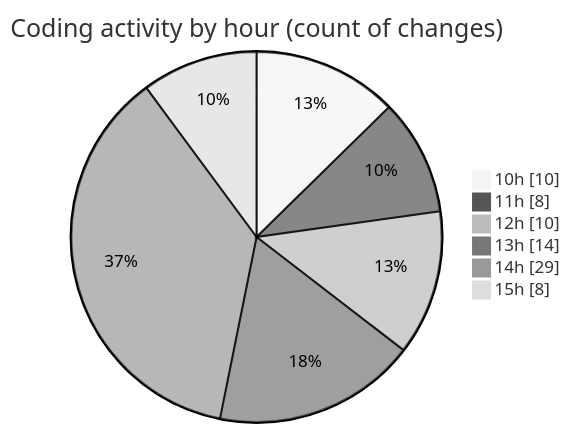
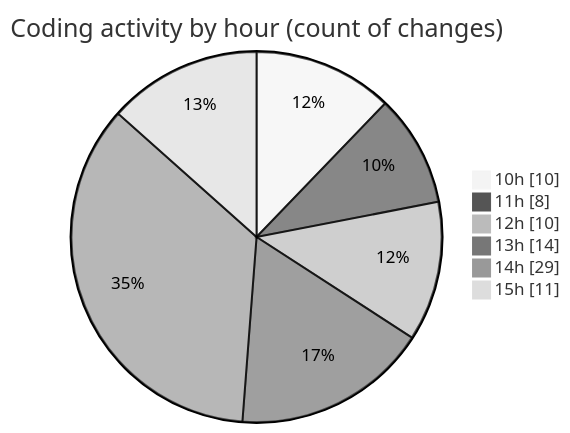
Before and after one commit to nxtqubesakshisongat/code-tracking: the second of 2 diagrams in 2025-07-29/nxtqube_webapp/README.md, drawn with Mermaid (neutral theme). The commit also changed other lines of this file and 1 other file, not shown here.

````diff
--- a/2025-07-29/nxtqube_webapp/README.md
+++ b/2025-07-29/nxtqube_webapp/README.md
@@ -36,10 +37,10 @@
 ```mermaid
 pie showData
 title Coding activity by hour (count of changes)
 "10h" : 10
 "11h" : 8
 "12h" : 10
 "13h" : 14
 "14h" : 29
-"15h" : 8
+"15h" : 11
 ```
````
